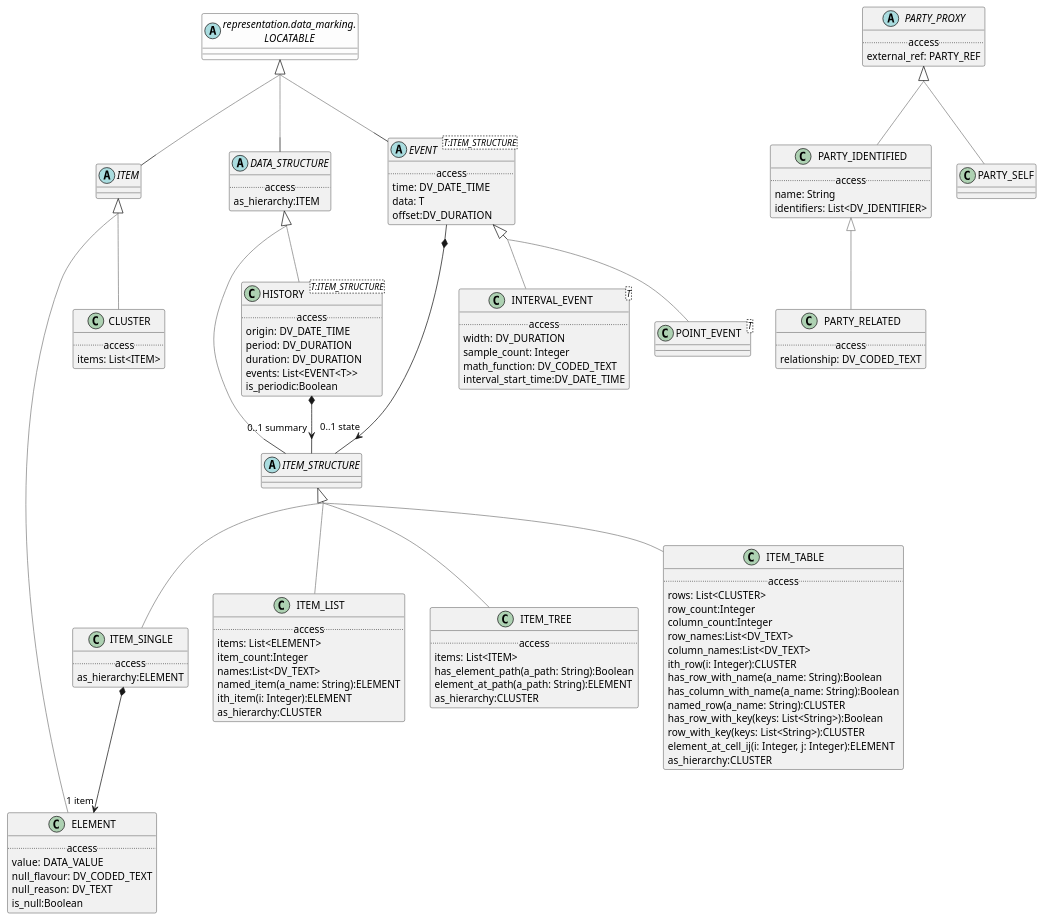
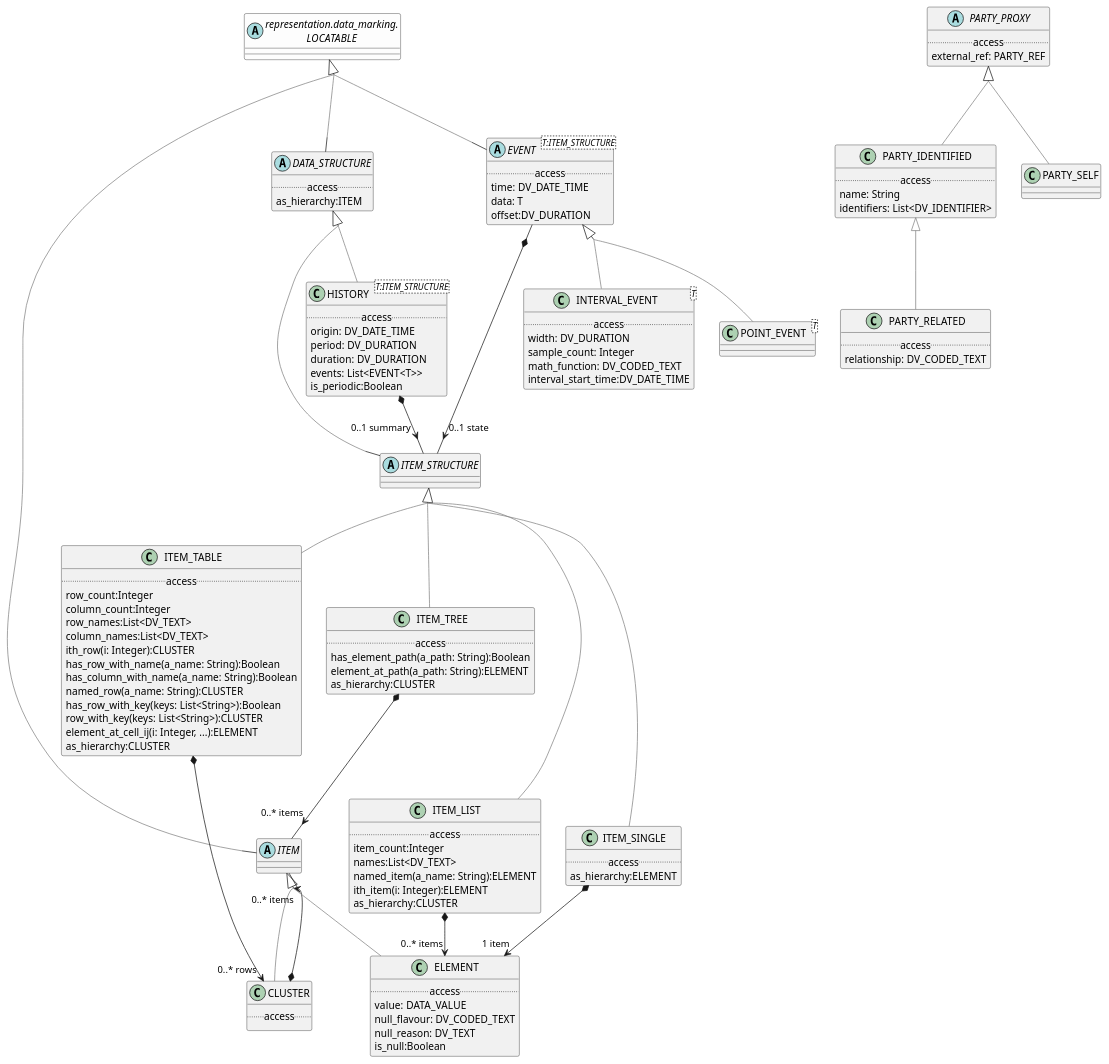
The diagram in modules/ROOT/examples/bmm/representation/data_structures/data_structures-package-uml.adoc (wolandscat/openehr-doc), drawn with PlantUML before and after one commit. The commit also changed 26 other files, not shown here.

```diff
--- a/modules/ROOT/examples/bmm/representation/data_structures/data_structures-package-uml.adoc
+++ b/modules/ROOT/examples/bmm/representation/data_structures/data_structures-package-uml.adoc
@@ -35,7 +35,6 @@
 
 class ITEM_LIST [[/openehr-doc/latest/representation/data_structures-gen.html#_class_item_list]] {
         .. access ..
-        items: List<ELEMENT>
         item_count:Integer
         names:List<DV_TEXT>
         named_item(a_name: String):ELEMENT
@@ -46,13 +45,16 @@
 ITEM_LIST -[#gray]up-|> ITEM_STRUCTURE  
 
 
+ITEM_LIST *--> "0..* items" ELEMENT
+
 class CLUSTER [[/openehr-doc/latest/representation/data_structures-gen.html#_class_cluster]] {
         .. access ..
-        items: List<ITEM>
 }
 
 CLUSTER -[#gray]up-|> ITEM  
 
+
+CLUSTER *--> "0..* items" ITEM
 
 class PARTY_RELATED [[/openehr-doc/latest/representation/data_structures-gen.html#_class_party_related]] {
         .. access ..
@@ -128,7 +130,6 @@
 
 class ITEM_TREE [[/openehr-doc/latest/representation/data_structures-gen.html#_class_item_tree]] {
         .. access ..
-        items: List<ITEM>
         has_element_path(a_path: String):Boolean
         element_at_path(a_path: String):ELEMENT
         as_hierarchy:CLUSTER
@@ -136,6 +137,8 @@
 
 ITEM_TREE -[#gray]up-|> ITEM_STRUCTURE  
 
+
+ITEM_TREE *--> "0..* items" ITEM
 
 class PARTY_SELF [[/openehr-doc/latest/representation/data_structures-gen.html#_class_party_self]] {
 }
@@ -145,7 +148,6 @@
 
 class ITEM_TABLE [[/openehr-doc/latest/representation/data_structures-gen.html#_class_item_table]] {
         .. access ..
-        rows: List<CLUSTER>
         row_count:Integer
         column_count:Integer
         row_names:List<DV_TEXT>
@@ -156,12 +158,14 @@
         named_row(a_name: String):CLUSTER
         has_row_with_key(keys: List<String>):Boolean
         row_with_key(keys: List<String>):CLUSTER
-        element_at_cell_ij(i: Integer, j: Integer):ELEMENT
+        element_at_cell_ij(i: Integer, ...):ELEMENT
         as_hierarchy:CLUSTER
 }
 
 ITEM_TABLE -[#gray]up-|> ITEM_STRUCTURE  
 
+
+ITEM_TABLE *--> "0..* rows" CLUSTER
 
 abstract class DATA_STRUCTURE [[/openehr-doc/latest/representation/data_structures-gen.html#_class_data_structure]] {
         .. access ..
```
